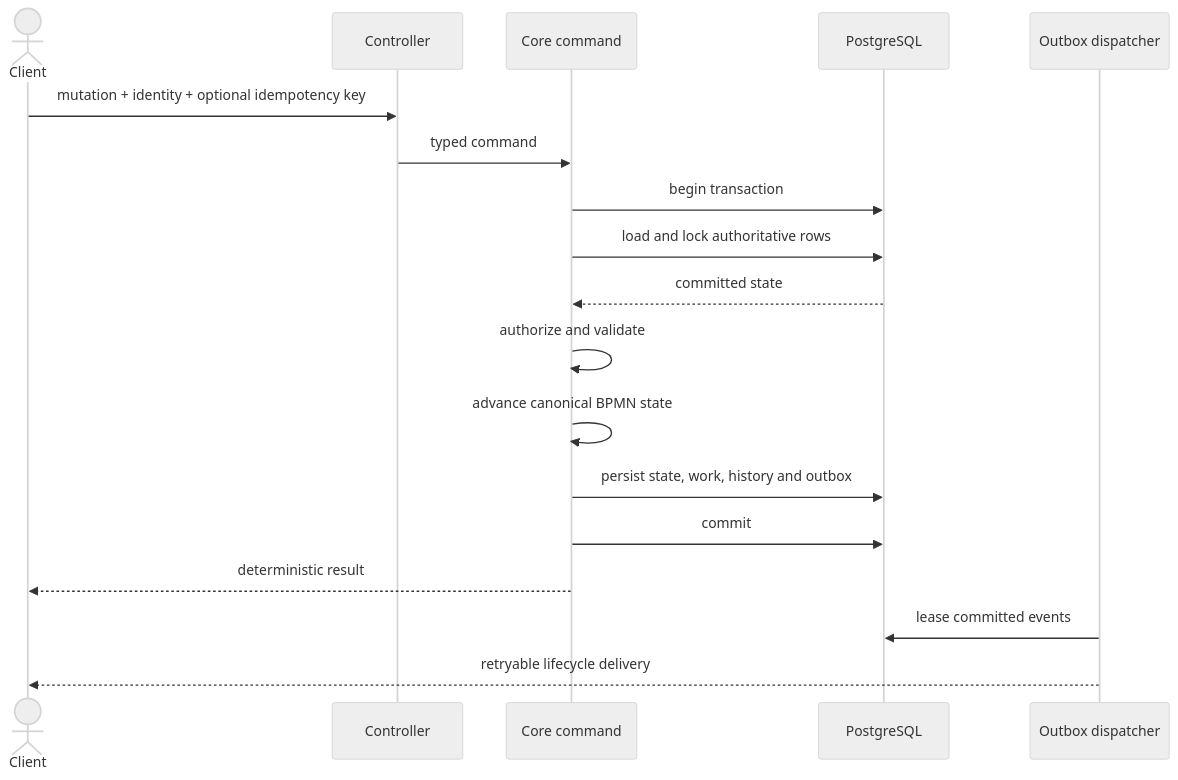
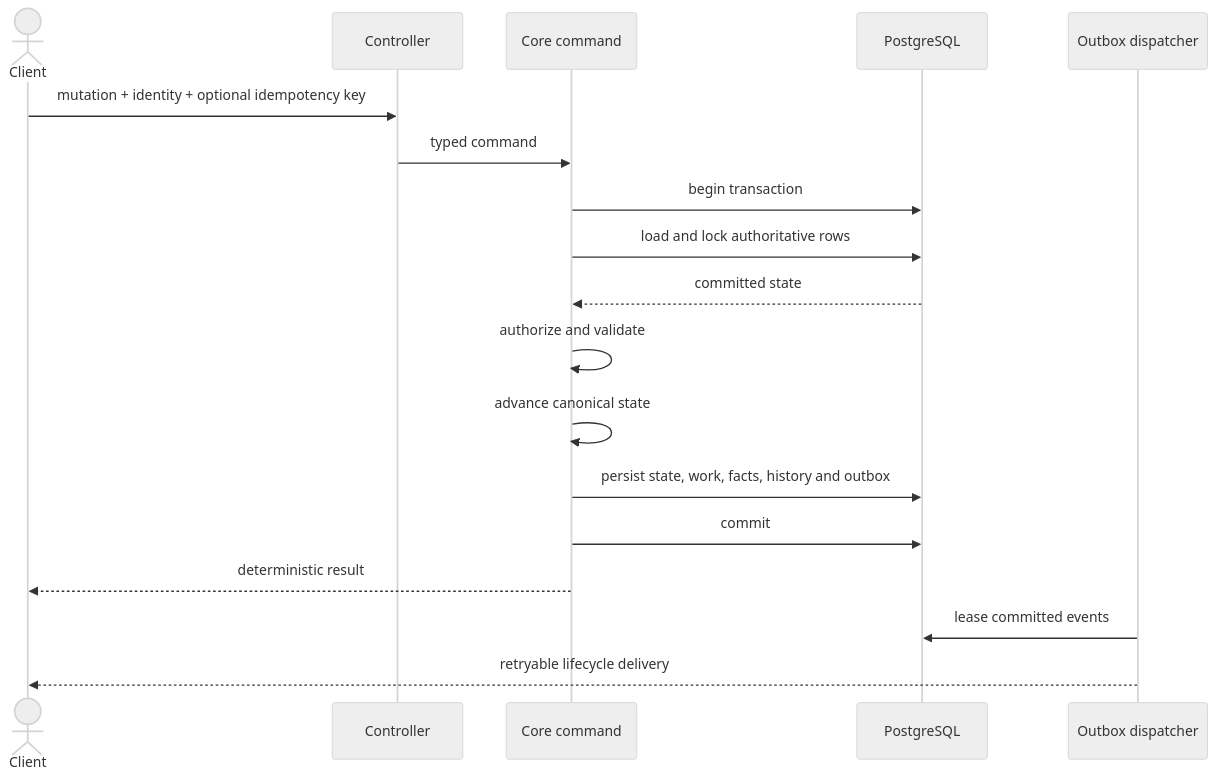
One commit to bashizip/abada-platform changed the diagram in documentation/src/content/docs/architecture/runtime.mdx. Above: the diagram before and after it, drawn with Mermaid (neutral theme). The commit also changed other lines of this file and 54 other files, not shown here.

````diff
--- a/documentation/src/content/docs/architecture/runtime.mdx
+++ b/documentation/src/content/docs/architecture/runtime.mdx
@@ -14,21 +16,21 @@
 ```mermaid
 sequenceDiagram
     actor Client
     participant API as Controller
     participant Command as Core command
     participant DB as PostgreSQL
     participant Outbox as Outbox dispatcher
 
     Client->>API: mutation + identity + optional idempotency key
     API->>Command: typed command
     Command->>DB: begin transaction
     Command->>DB: load and lock authoritative rows
     DB-->>Command: committed state
     Command->>Command: authorize and validate
-    Command->>Command: advance canonical BPMN state
-    Command->>DB: persist state, work, history and outbox
+    Command->>Command: advance canonical state
+    Command->>DB: persist state, work, facts, history and outbox
     Command->>DB: commit
     Command-->>Client: deterministic result
     Outbox->>DB: lease committed events
     Outbox-->>Client: retryable lifecycle delivery
 ```
````
